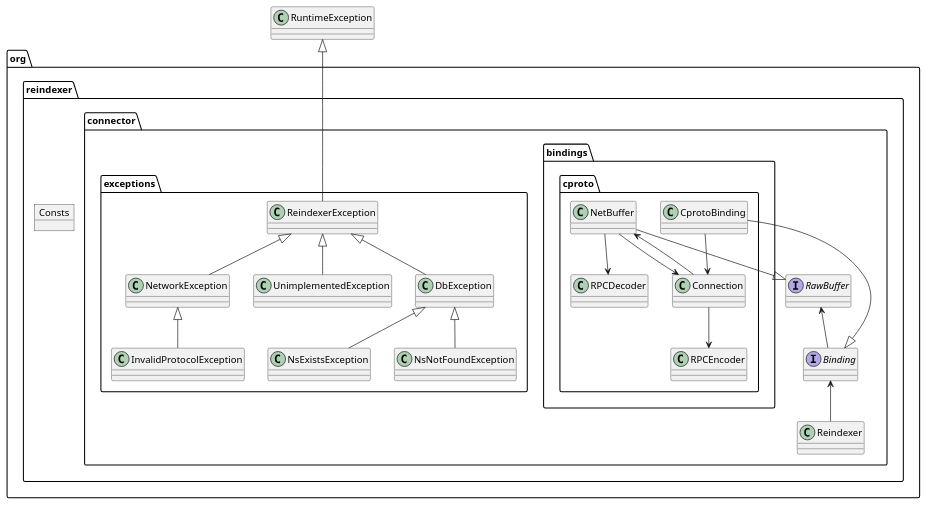
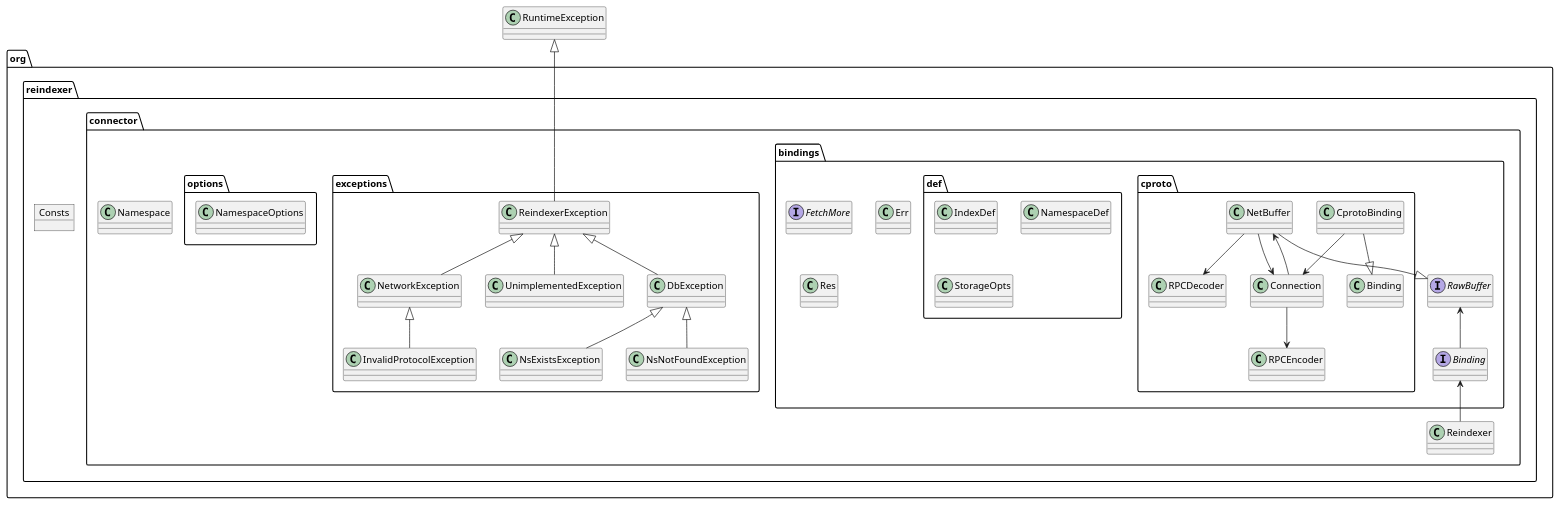
One commit to flyasky/reindexer-java-connector-kt changed the diagram in docs/ReindexerConnector.puml. Above: the diagram before and after it, drawn with PlantUML.

Commit message:
update uml

```diff
--- a/docs/ReindexerConnector.puml
+++ b/docs/ReindexerConnector.puml
@@ -1,51 +1,72 @@
 @startuml
 
 class RuntimeException
 
 package org.reindexer {
 
     package org.reindexer.connector {
         class Reindexer
-        interface Binding
-        interface RawBuffer
+        class Namespace
 
-        Reindexer -up-> Binding
-        RawBuffer <-- Binding
-    }
+        package bindings {
 
-    package org.reindexer.connector.bindings.cproto {
+            package cproto {
+                class CprotoBinding
+                class Connection
+                class NetBuffer
+                class RPCEncoder
+                class RPCDecoder
 
-        CprotoBinding --|> Binding
-        class Connection
-        class NetBuffer
-        class RPCEncoder
-        class RPCDecoder
+                CprotoBinding --|> Binding
+            }
 
-        Connection --> RPCEncoder
-        NetBuffer --> RPCDecoder
+            package def {
+                class IndexDef
+                class NamespaceDef
+                class StorageOpts
+            }
 
-        NetBuffer --> Connection
-        NetBuffer <-- Connection
+            interface Binding
+            interface RawBuffer
+            interface FetchMore
 
-        CprotoBinding --> Connection
+            class Err
+            class Res
 
-        NetBuffer --|> RawBuffer
-    }
+            Reindexer -up-> Binding
+            RawBuffer <-- Binding
 
-    package org.reindexer.connector.exceptions {
-        RuntimeException <|-- ReindexerException
-        ReindexerException <|-- NetworkException
-        ReindexerException <|-- UnimplementedException
-        NetworkException <|-- InvalidProtocolException
-        ReindexerException <|-- DbException
-        DbException <|-- NsExistsException
-        DbException <|-- NsNotFoundException
 
+            Connection --> RPCEncoder
+            NetBuffer --> RPCDecoder
+
+            NetBuffer --> Connection
+            NetBuffer <-- Connection
+
+            CprotoBinding --> Connection
+
+            NetBuffer --|> RawBuffer
+        }
+
+        package exceptions {
+            RuntimeException <|-- ReindexerException
+            ReindexerException <|-- NetworkException
+            ReindexerException <|-- UnimplementedException
+            NetworkException <|-- InvalidProtocolException
+            ReindexerException <|-- DbException
+            DbException <|-- NsExistsException
+            DbException <|-- NsNotFoundException
+
+        }
+
+        package options {
+            class NamespaceOptions
+        }
     }
 
     object Consts {
     }
 
 }
 
 @enduml
```
